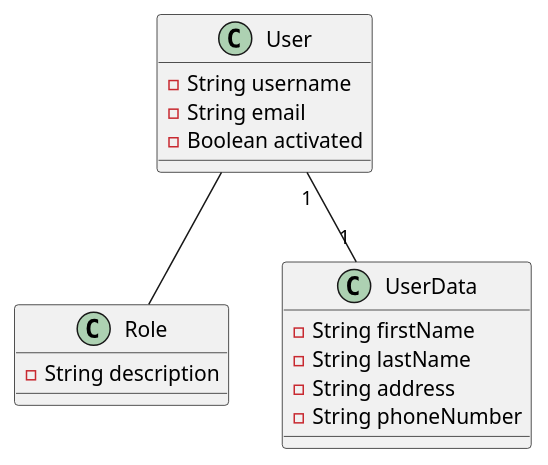
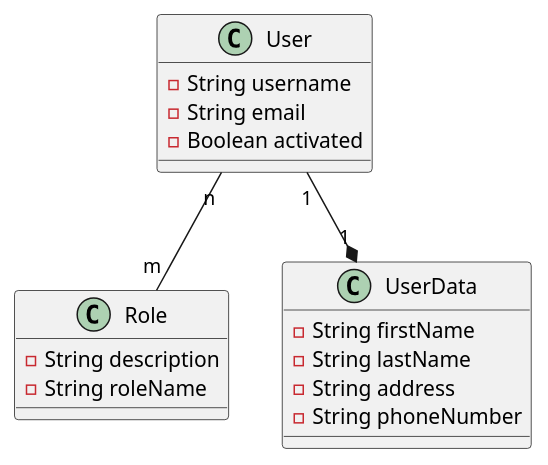
One commit to FranRodeles/SystemDesign changed the diagram in docs/diagrama_usuario.puml. Above: the diagram before and after it, drawn with PlantUML.

Commit message:
#8 feat(userole): agregando nuevo atributo.

```diff
--- a/docs/diagrama_usuario.puml
+++ b/docs/diagrama_usuario.puml
@@ -1,20 +1,22 @@
 @startuml
 class User{
   - String username
   - String email
   - Boolean activated
   }
 
 class Role{
     - String description
+    - String roleName
+
 }
 
 class UserData {
     - String firstName
     - String lastName
     - String address
     - String phoneNumber
 }
-User "1" -- "1" UserData
-User -- Role
+User "1" --* "1" UserData
+User "n" -- "m" Role
 @enduml
```
